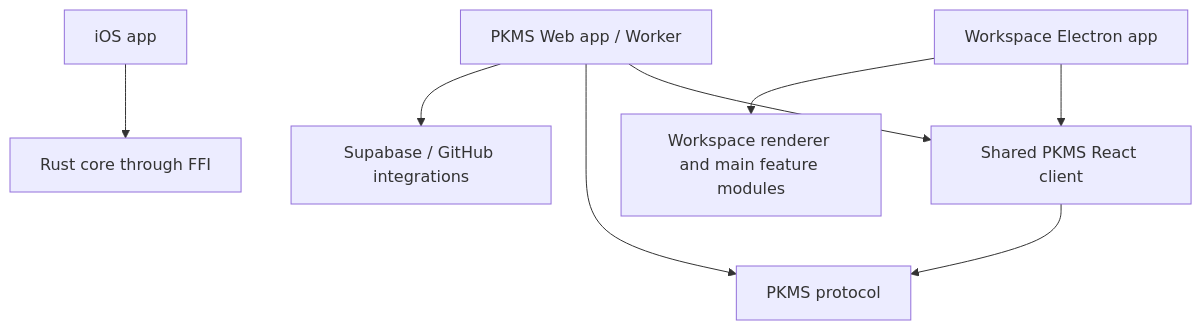
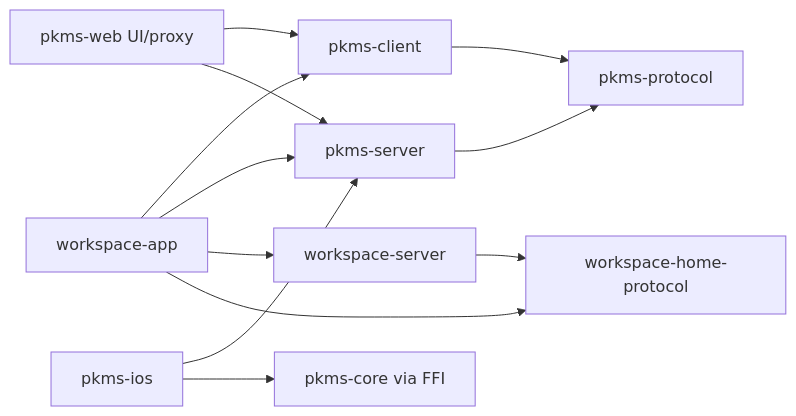
The diagram in docs/architecture/08-monorepo-module-boundaries.md (lkh0310kr/workspace), drawn with Mermaid before and after one commit. The commit also changed other lines of this file and 1041 other files, not shown here.

Commit message:
refactor: split product app directories and PKMS service

````diff
--- a/docs/architecture/08-monorepo-module-boundaries.md
+++ b/docs/architecture/08-monorepo-module-boundaries.md
@@ -18,10 +40,14 @@
 ```mermaid
-flowchart TD
-  W[Workspace Electron app] --> C[Shared PKMS React client]
-  WEB[PKMS Web app / Worker] --> C
-  C --> P[PKMS protocol]
-  WEB --> P
-  IOS[iOS app] --> R[Rust core through FFI]
-  W --> WP[Workspace renderer and main feature modules]
-  WEB --> S[Supabase / GitHub integrations]
+flowchart LR
+  WEB[pkms-web UI/proxy] --> CLIENT[pkms-client]
+  WEB --> PKMS[pkms-server]
+  DESKTOP[workspace-app] --> CLIENT
+  DESKTOP --> PKMS
+  IOS[pkms-ios] --> PKMS
+  CLIENT --> PK[pkms-protocol]
+  PKMS --> PK
+  IOS --> CORE[pkms-core via FFI]
+  DESKTOP --> HOME[workspace-server]
+  DESKTOP --> HP[workspace-home-protocol]
+  HOME --> HP
 ```
````
